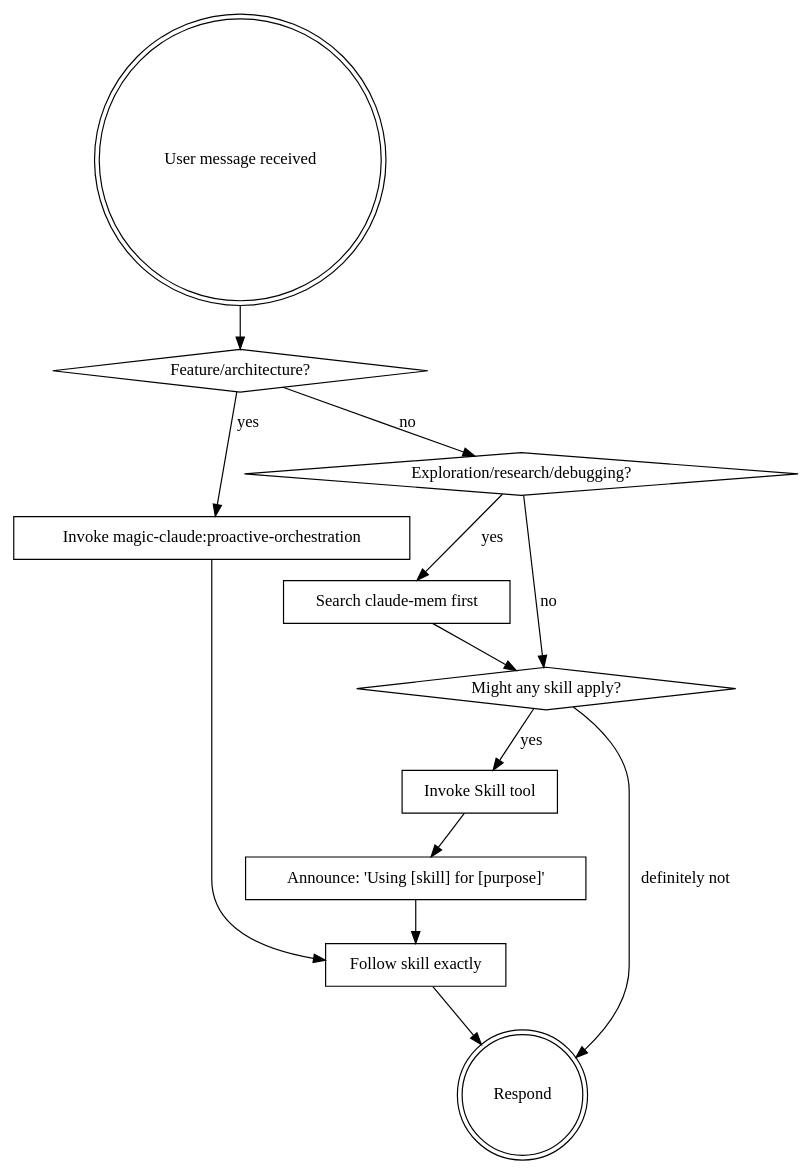
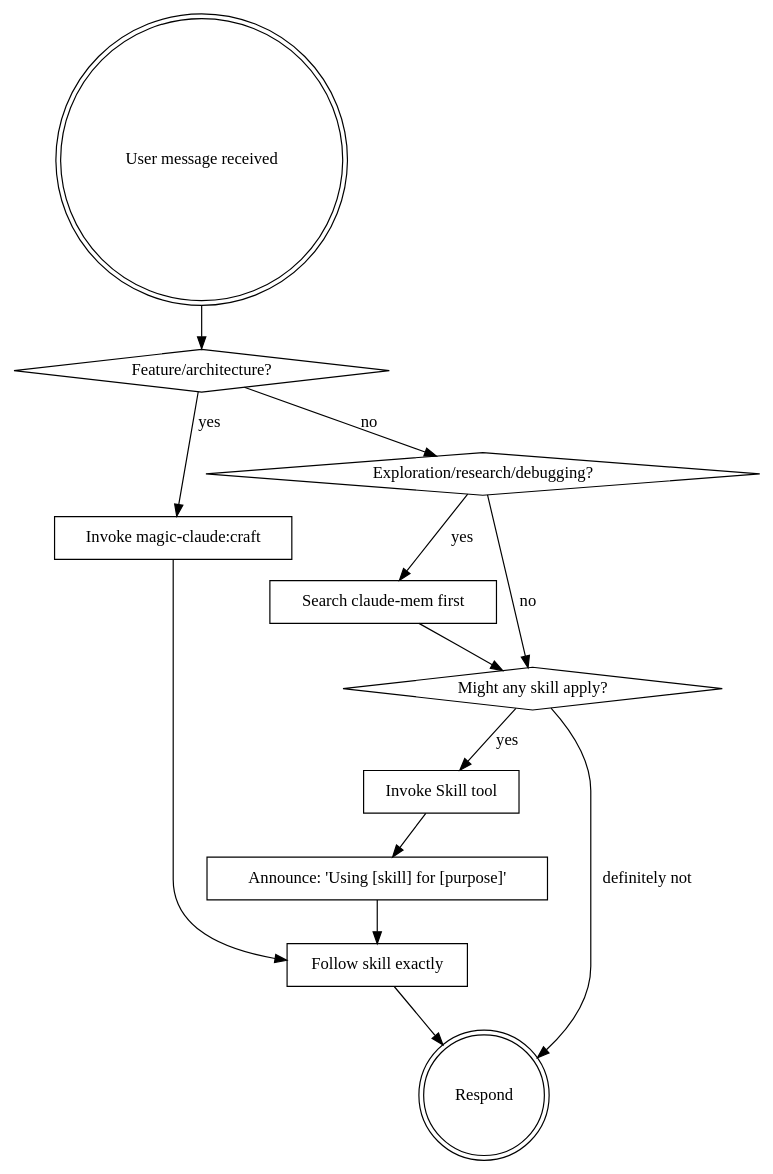
The diagram in plugin/skills/using-magic-claude/SKILL.md (doublefx/magic-claude), drawn with Graphviz before and after one commit. The commit also changed other lines of this file and 35 other files, not shown here.

First line of the commit message:
refactor: rename proactive-orchestration → craft as default quality pipeline (v2.26.0)

````diff
--- a/plugin/skills/using-magic-claude/SKILL.md
+++ b/plugin/skills/using-magic-claude/SKILL.md
@@ -18,27 +18,27 @@
 ```dot
 digraph skill_flow {
     "User message received" [shape=doublecircle];
     "Feature/architecture?" [shape=diamond];
-    "Invoke magic-claude:proactive-orchestration" [shape=box];
+    "Invoke magic-claude:craft" [shape=box];
     "Exploration/research/debugging?" [shape=diamond];
     "Search claude-mem first" [shape=box];
     "Might any skill apply?" [shape=diamond];
     "Invoke Skill tool" [shape=box];
     "Announce: 'Using [skill] for [purpose]'" [shape=box];
     "Follow skill exactly" [shape=box];
     "Respond" [shape=doublecircle];
 
     "User message received" -> "Feature/architecture?";
-    "Feature/architecture?" -> "Invoke magic-claude:proactive-orchestration" [label="yes"];
+    "Feature/architecture?" -> "Invoke magic-claude:craft" [label="yes"];
     "Feature/architecture?" -> "Exploration/research/debugging?" [label="no"];
     "Exploration/research/debugging?" -> "Search claude-mem first" [label="yes"];
     "Exploration/research/debugging?" -> "Might any skill apply?" [label="no"];
     "Search claude-mem first" -> "Might any skill apply?";
-    "Invoke magic-claude:proactive-orchestration" -> "Follow skill exactly";
+    "Invoke magic-claude:craft" -> "Follow skill exactly";
     "Might any skill apply?" -> "Invoke Skill tool" [label="yes"];
     "Might any skill apply?" -> "Respond" [label="definitely not"];
     "Invoke Skill tool" -> "Announce: 'Using [skill] for [purpose]'";
     "Announce: 'Using [skill] for [purpose]'" -> "Follow skill exactly";
     "Follow skill exactly" -> "Respond";
 }
 ```
````
